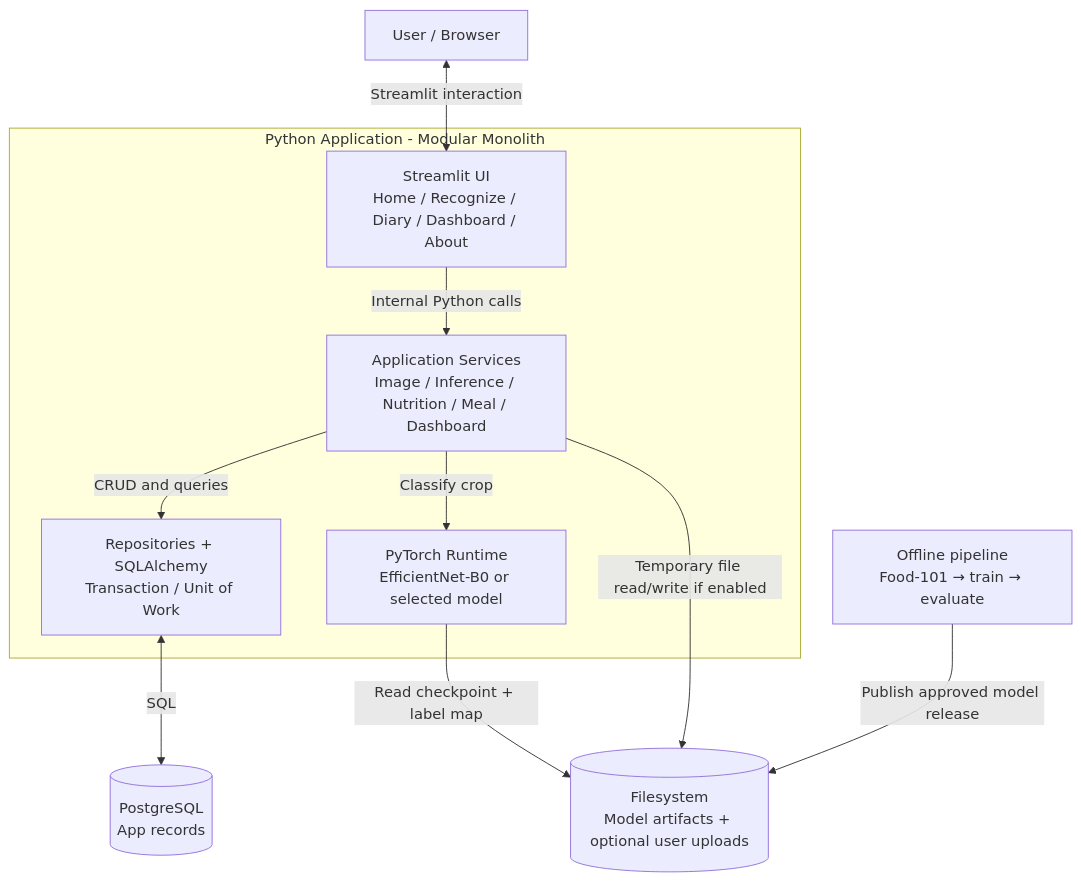
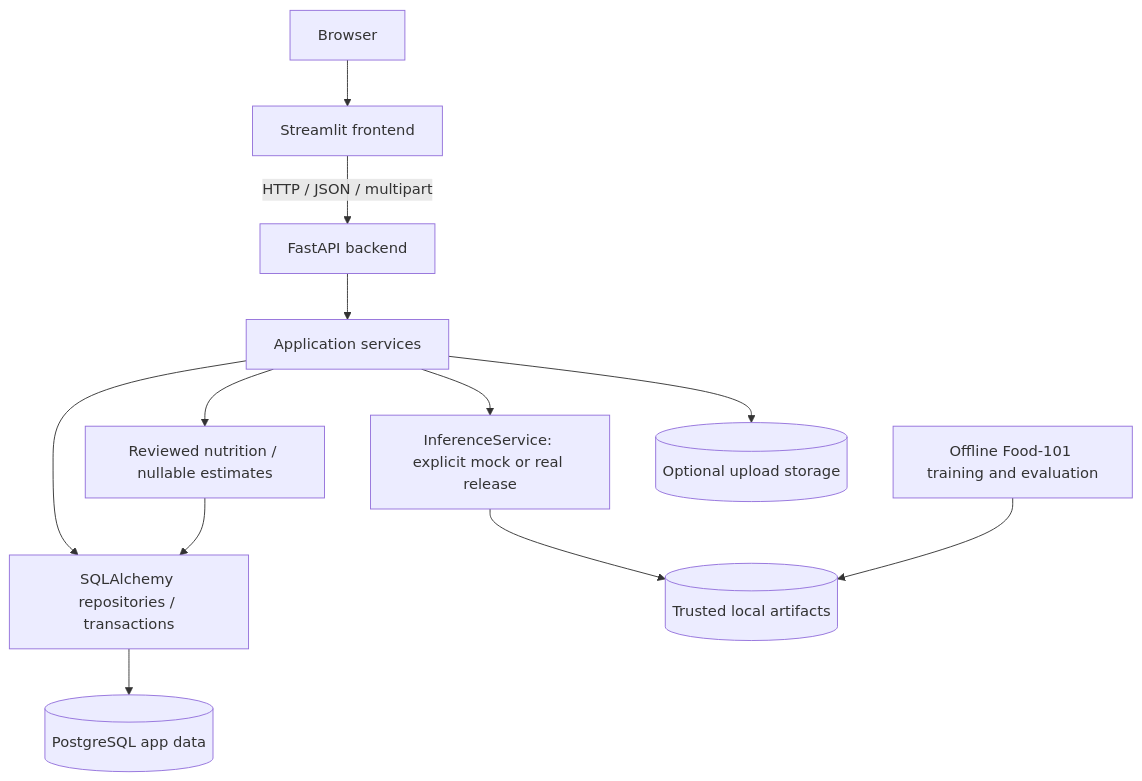
The diagram in diagrams/02-container-mvp.mmd (23001853-wq/food-recognition-dietary-assistant), drawn with Mermaid before and after one commit. The commit also changed 249 other files, not shown here.

```diff
--- a/diagrams/02-container-mvp.mmd
+++ b/diagrams/02-container-mvp.mmd
@@ -1,21 +1,13 @@
-%% Planned design copied from PLAN.md section 23; not implementation evidence.
+%% Architecture v2; see PLAN.md and implementation status.
 flowchart TB
-    USER["User / Browser"]
-    subgraph APP["Python Application - Modular Monolith"]
-        UI["Streamlit UI<br/>Home / Recognize / Diary / Dashboard / About"]
-        SVC["Application Services<br/>Image / Inference / Nutrition / Meal / Dashboard"]
-        ORM["Repositories + SQLAlchemy<br/>Transaction / Unit of Work"]
-        PRED["PyTorch Runtime<br/>EfficientNet-B0 or selected model"]
-    end
-    DB[("PostgreSQL<br/>App records")]
-    FS[("Filesystem<br/>Model artifacts + optional user uploads")]
-    OFF["Offline pipeline<br/>Food-101 → train → evaluate"]
-
-    USER <-->|"Streamlit interaction"| UI
-    UI -->|"Internal Python calls"| SVC
-    SVC -->|"CRUD and queries"| ORM
-    ORM <-->|"SQL"| DB
-    SVC -->|"Classify crop"| PRED
-    PRED -->|"Read checkpoint + label map"| FS
-    OFF -->|"Publish approved model release"| FS
-    SVC -->|"Temporary file read/write if enabled"| FS
+    User["Browser"] --> UI["Streamlit frontend"]
+    UI -->|HTTP / JSON / multipart| API["FastAPI backend"]
+    API --> S["Application services"]
+    S --> R["SQLAlchemy repositories / transactions"]
+    R --> PG[("PostgreSQL app data")]
+    S --> I["InferenceService: explicit mock or real release"]
+    I --> FS[("Trusted local artifacts")]
+    OFF["Offline Food-101 training and evaluation"] --> FS
+    S --> N["Reviewed nutrition / nullable estimates"]
+    N --> R
+    S --> U[("Optional upload storage")]
```
